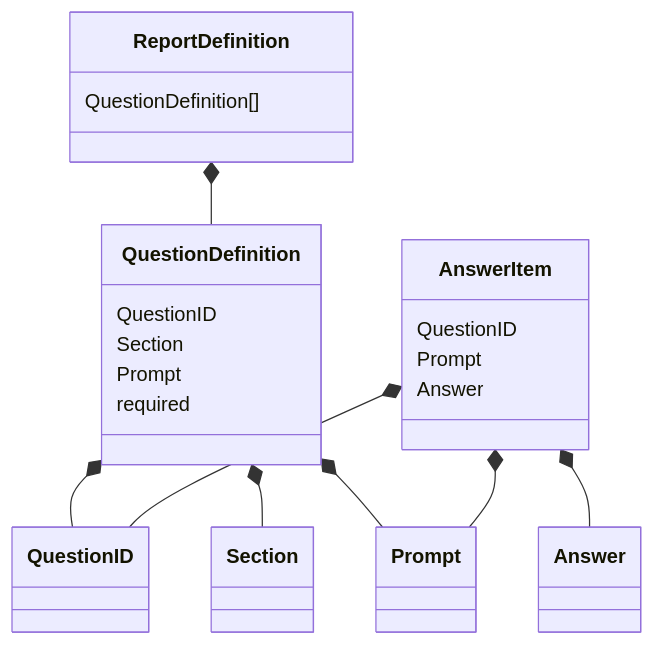
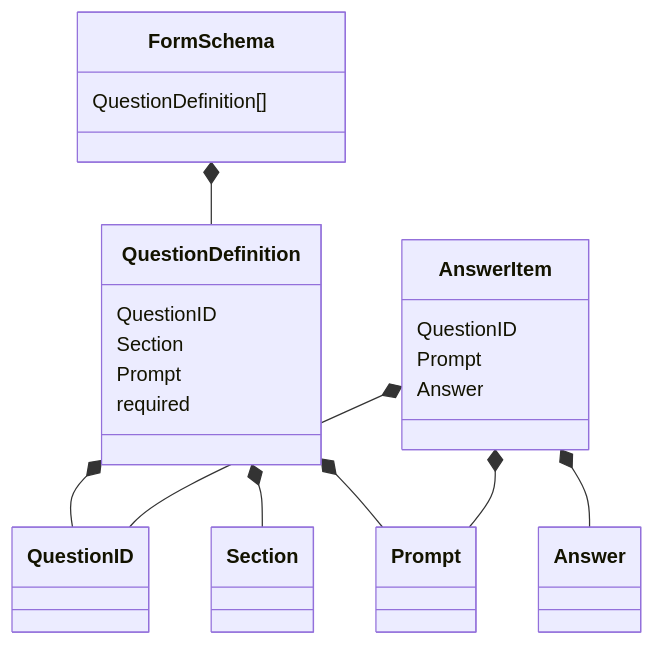
The second of 5 diagrams in README.md (kouji0705/domain_service_study), drawn with Mermaid before and after one commit. The commit also changed other lines of this file and 27 other files, not shown here.

````diff
--- a/README.md
+++ b/README.md
@@ -38,25 +38,25 @@
 ```mermaid
 classDiagram
   class AnswerItem {
     QuestionID
     Prompt
     Answer
   }
   class QuestionDefinition {
     QuestionID
     Section
     Prompt
     required
   }
-  class ReportDefinition {
+  class FormSchema {
     QuestionDefinition[]
   }
 
-  ReportDefinition *-- QuestionDefinition
+  FormSchema *-- QuestionDefinition
   QuestionDefinition *-- QuestionID
   QuestionDefinition *-- Section
   QuestionDefinition *-- Prompt
   AnswerItem *-- QuestionID
   AnswerItem *-- Prompt
   AnswerItem *-- Answer
 ```
````
